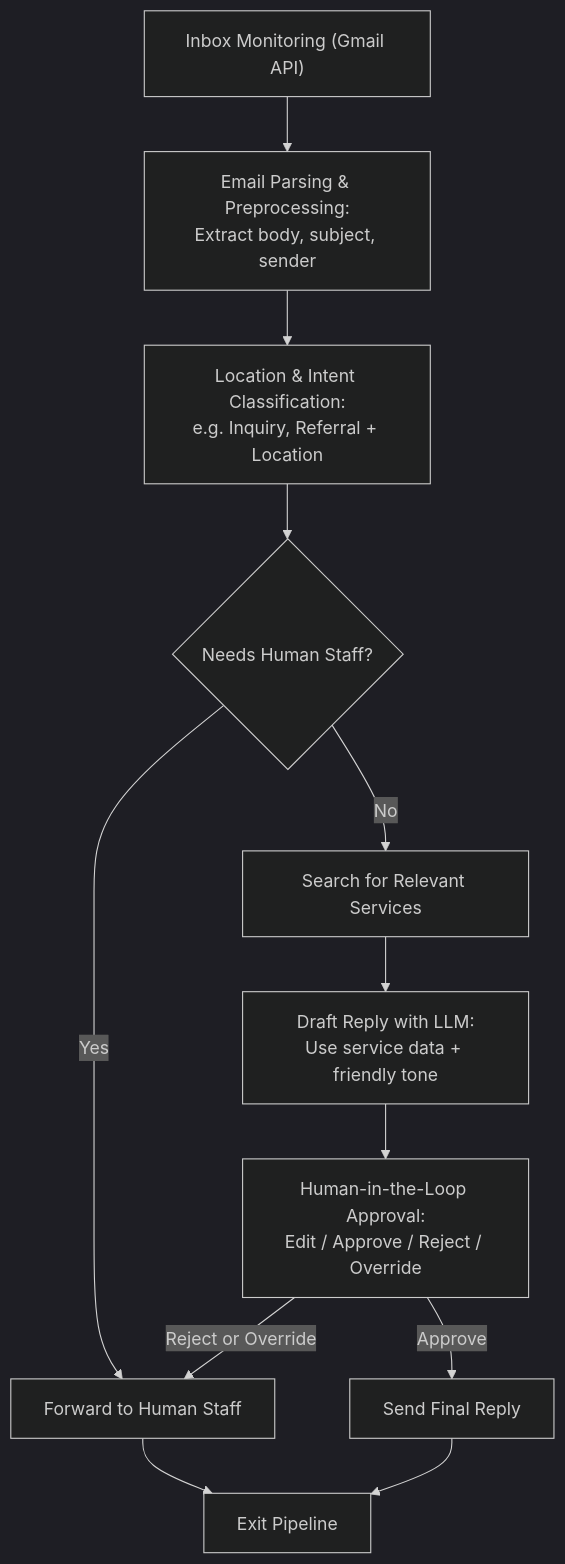
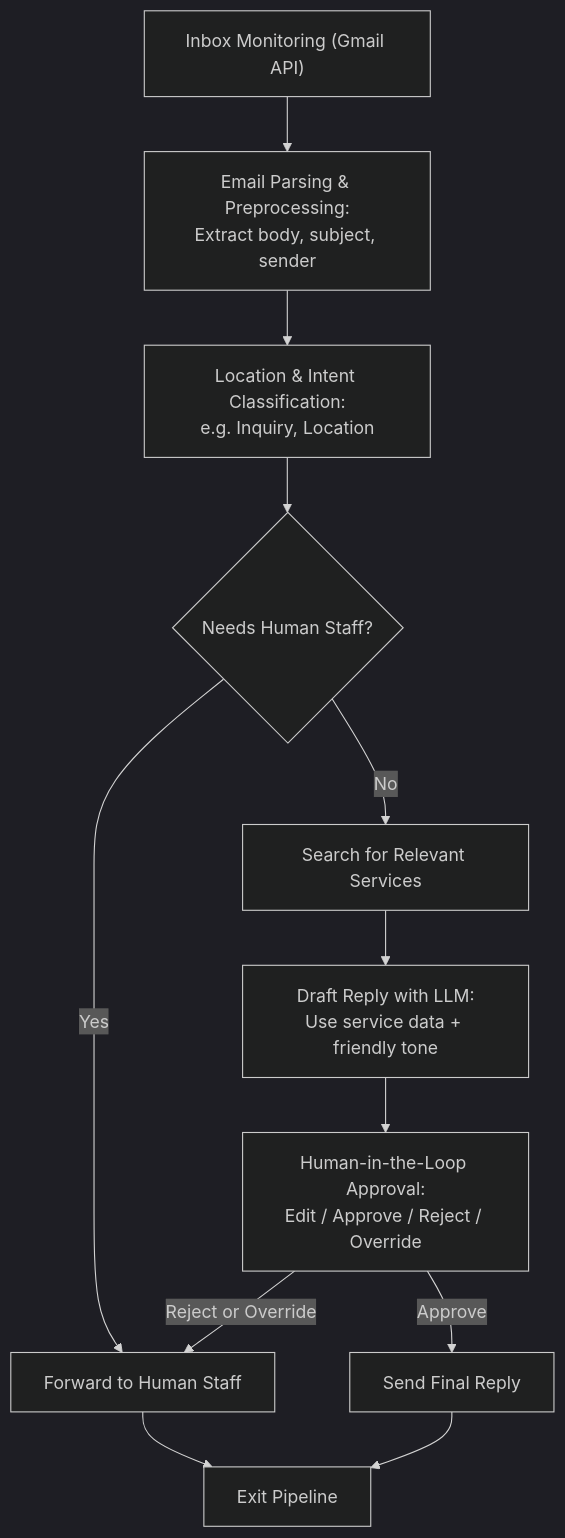
The diagram in flow_diagram.md (il-d44/HarbourWell-Email-Handler), drawn with Mermaid (dark theme) before and after one commit. The commit also changed 15 other files, not shown here.

````diff
--- a/flow_diagram.md
+++ b/flow_diagram.md
@@ -1,17 +1,17 @@
 ```mermaid
 graph TD;
     A["Inbox Monitoring (Gmail API)"] --> B["Email Parsing & Preprocessing:<br>Extract body, subject, sender"]
-    B --> C["Location & Intent Classification:<br>e.g. Inquiry, Referral + Location"]
+    B --> C["Location & Intent Classification:<br>e.g. Inquiry, Location"]
     C --> D{"Needs Human Staff?"}
     
     D -- Yes --> E["Forward to Human Staff"]
     E --> Z["Exit Pipeline"]
 
     D -- No --> F["Search for Relevant Services"]
     F --> G["Draft Reply with LLM:<br>Use service data + friendly tone"]
     G --> H["Human-in-the-Loop Approval:<br>Edit / Approve / Reject / Override"]
 
     H -->|Approve| I["Send Final Reply"]
     H -->|Reject or Override| E
     I --> Z
 ```
````
